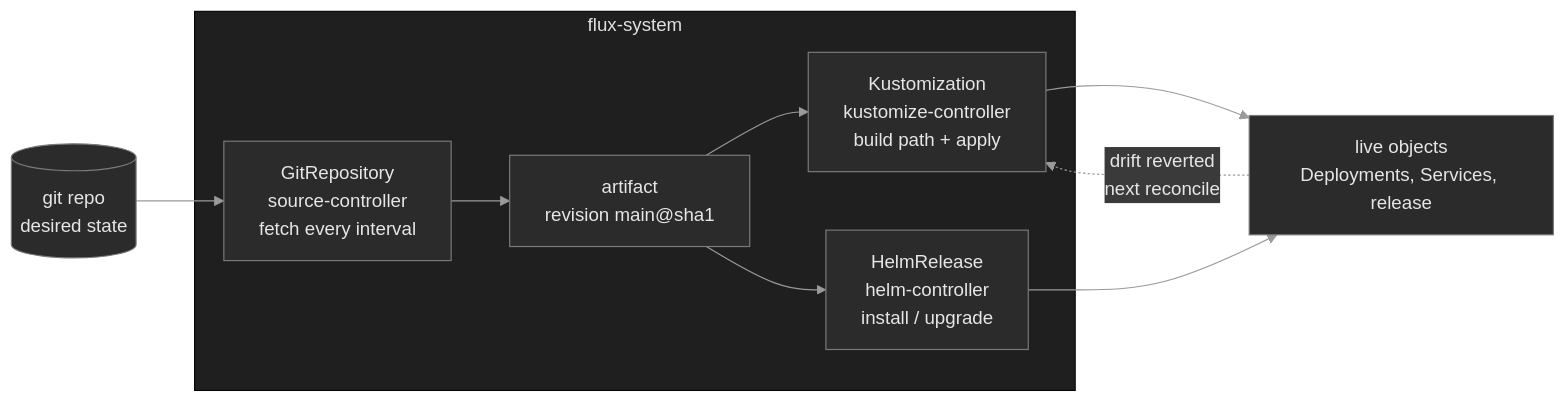
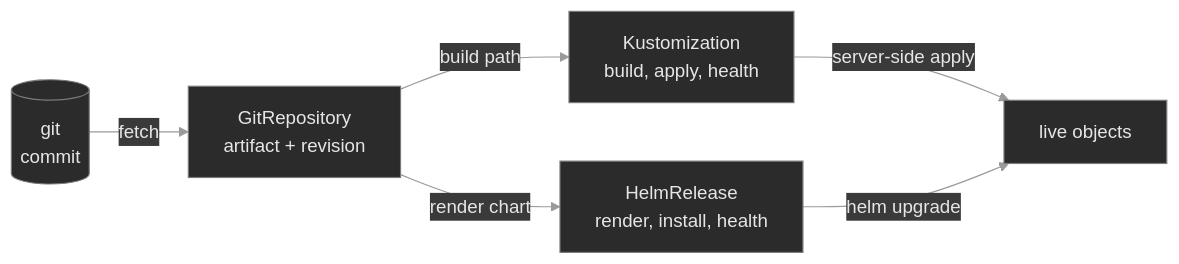
Before and after one commit to debozkurt/killercoda-k8s: the diagram in m18-flux/LESSON.md, drawn with Mermaid. The commit also changed other lines of this file and 58 other files, not shown here.

````diff
--- a/m18-flux/LESSON.md
+++ b/m18-flux/LESSON.md
@@ -50,23 +54,14 @@
 ```mermaid
 %%{init: {'theme':'base', 'themeVariables': {
   'primaryColor':'#2b2b2b', 'primaryTextColor':'#e6e6e6',
   'primaryBorderColor':'#7a7a7a', 'lineColor':'#9a9a9a',
   'secondaryColor':'#3a3a3a', 'tertiaryColor':'#1f1f1f',
   'background':'#0f0f0f'
 }}}%%
 flowchart LR
-    git[(git repo<br/>desired state)]
-    subgraph flux[flux-system]
-      src[GitRepository<br/>source-controller<br/>fetch every interval]
-      art[artifact<br/>revision main@sha1]
-      kz[Kustomization<br/>kustomize-controller<br/>build path + apply]
-      hr[HelmRelease<br/>helm-controller<br/>install / upgrade]
-    end
-    obj[live objects<br/>Deployments, Services, release]
-    git --> src --> art
-    art --> kz
-    art --> hr
-    kz --> obj
-    hr --> obj
-    obj -. drift reverted<br/>next reconcile .-> kz
+    git[(git<br/>commit)] -->|fetch| src[GitRepository<br/>artifact + revision]
+    src -->|build path| kz[Kustomization<br/>build, apply, health]
+    src -->|render chart| hr[HelmRelease<br/>render, install, health]
+    kz -->|server-side apply| obj[live objects]
+    hr -->|helm upgrade| obj
 ```
````
